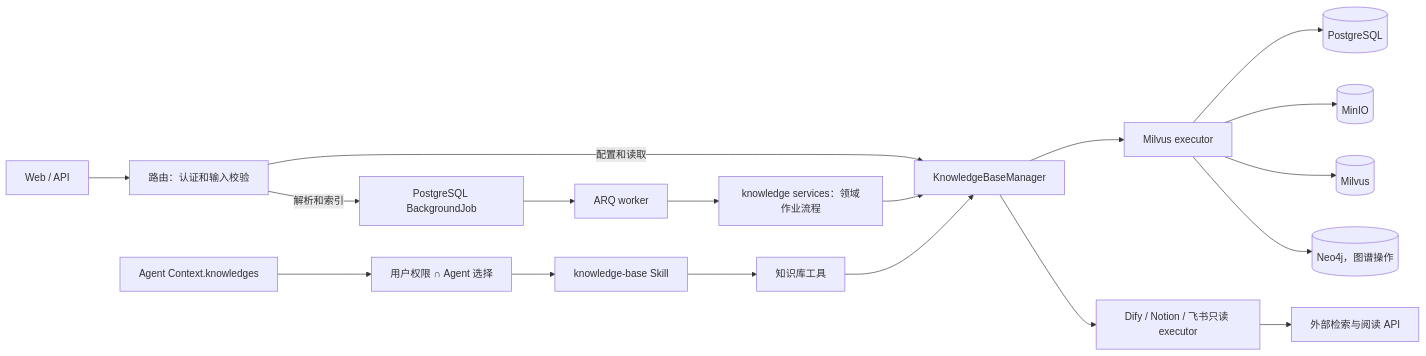
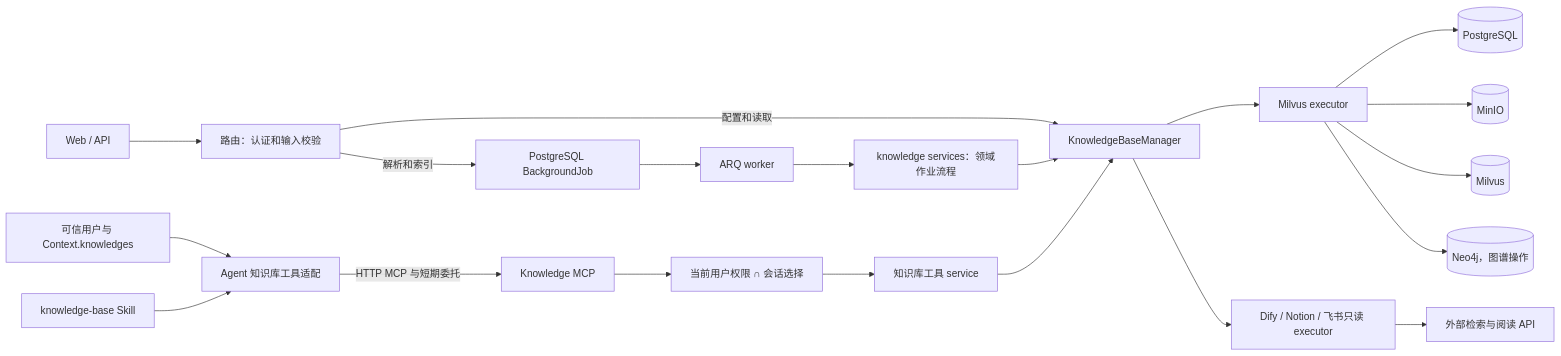
One commit to xerrors/Yuxi-Know changed the first of 2 diagrams in docs/mechanisms/knowledge-base.md. Above: the diagram before and after it, drawn with Mermaid. The commit also changed other lines of this file and 65 other files, not shown here.

````diff
--- a/docs/mechanisms/knowledge-base.md
+++ b/docs/mechanisms/knowledge-base.md
@@ -23,21 +23,23 @@
 ```mermaid
 flowchart LR
     UI["Web / API"] --> Router["路由：认证和输入校验"]
     Router -->|解析和索引| Task["PostgreSQL BackgroundJob"]
     Router -->|配置和读取| Manager
     Task --> Worker["ARQ worker"]
     Worker --> Handler["knowledge services：领域作业流程"]
     Handler --> Manager["KnowledgeBaseManager"]
     Manager --> MilvusKB["Milvus executor"]
     Manager --> Connector["Dify / Notion / 飞书只读 executor"]
     MilvusKB --> PG[("PostgreSQL")]
     MilvusKB --> Object[("MinIO")]
     MilvusKB --> Vector[("Milvus")]
     MilvusKB --> Graph[("Neo4j，图谱操作")]
     Connector --> External["外部检索与阅读 API"]
 
-    Context["Agent Context.knowledges"] --> Visible["用户权限 ∩ Agent 选择"]
-    Visible --> Skill["knowledge-base Skill"]
-    Skill --> Tools["知识库工具"]
-    Tools --> Manager
+    Context["可信用户与 Context.knowledges"] --> Tools["Agent 知识库工具适配"]
+    Skill["knowledge-base Skill"] --> Tools
+    Tools -->|HTTP MCP 与短期委托| MCP["Knowledge MCP"]
+    MCP --> Visible["当前用户权限 ∩ 会话选择"]
+    Visible --> Service["知识库工具 service"]
+    Service --> Manager
 ```
````
